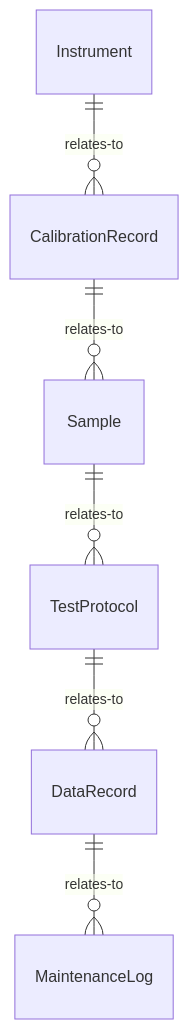
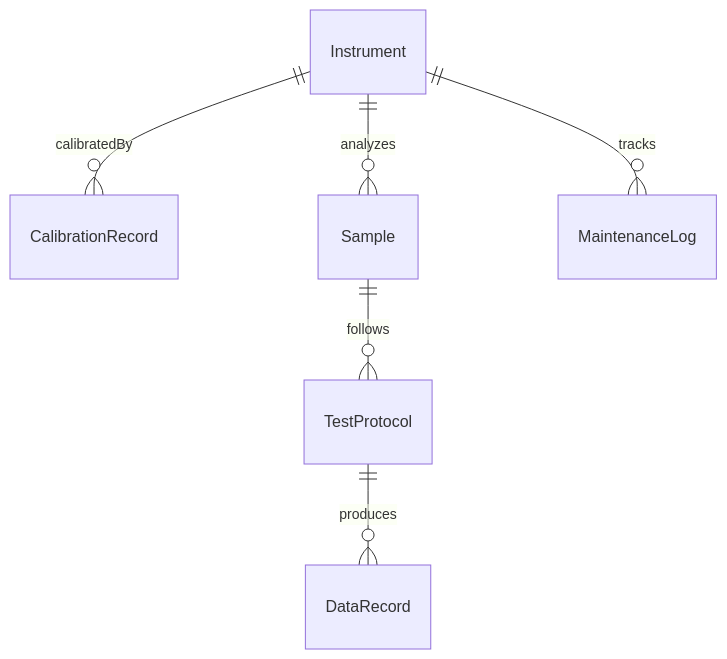
Before and after one commit to dot-org-ai/tasks.org.ai: the first of 4 diagrams in ControllingMachinesAndProcesses/OperateLaboratoryOrFieldEquipment/OperateLaboratoryFieldEquipment.mdx, drawn with Mermaid. The commit also changed other lines of this file and 515 other files, not shown here.

````diff
--- a/ControllingMachinesAndProcesses/OperateLaboratoryOrFieldEquipment/OperateLaboratoryFieldEquipment.mdx
+++ b/ControllingMachinesAndProcesses/OperateLaboratoryOrFieldEquipment/OperateLaboratoryFieldEquipment.mdx
@@ -87,8 +87,8 @@
 ```mermaid
 erDiagram
-    Instrument ||--o{ CalibrationRecord : relates-to
-    CalibrationRecord ||--o{ Sample : relates-to
-    Sample ||--o{ TestProtocol : relates-to
-    TestProtocol ||--o{ DataRecord : relates-to
-    DataRecord ||--o{ MaintenanceLog : relates-to
+    Instrument ||--o{ CalibrationRecord : calibratedBy
+    Instrument ||--o{ Sample : analyzes
+    Sample ||--o{ TestProtocol : follows
+    TestProtocol ||--o{ DataRecord : produces
+    Instrument ||--o{ MaintenanceLog : tracks
 ```
````
